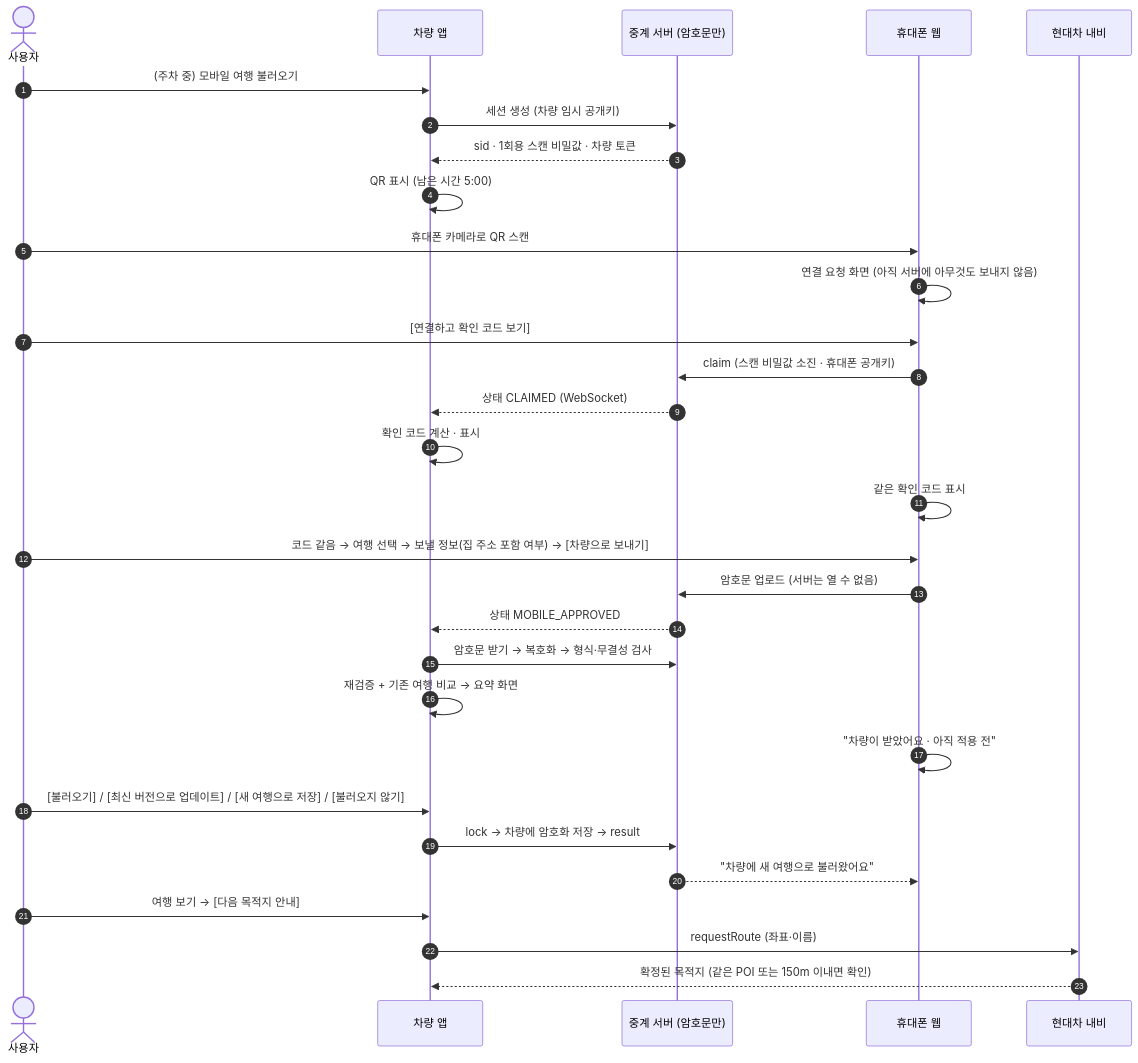
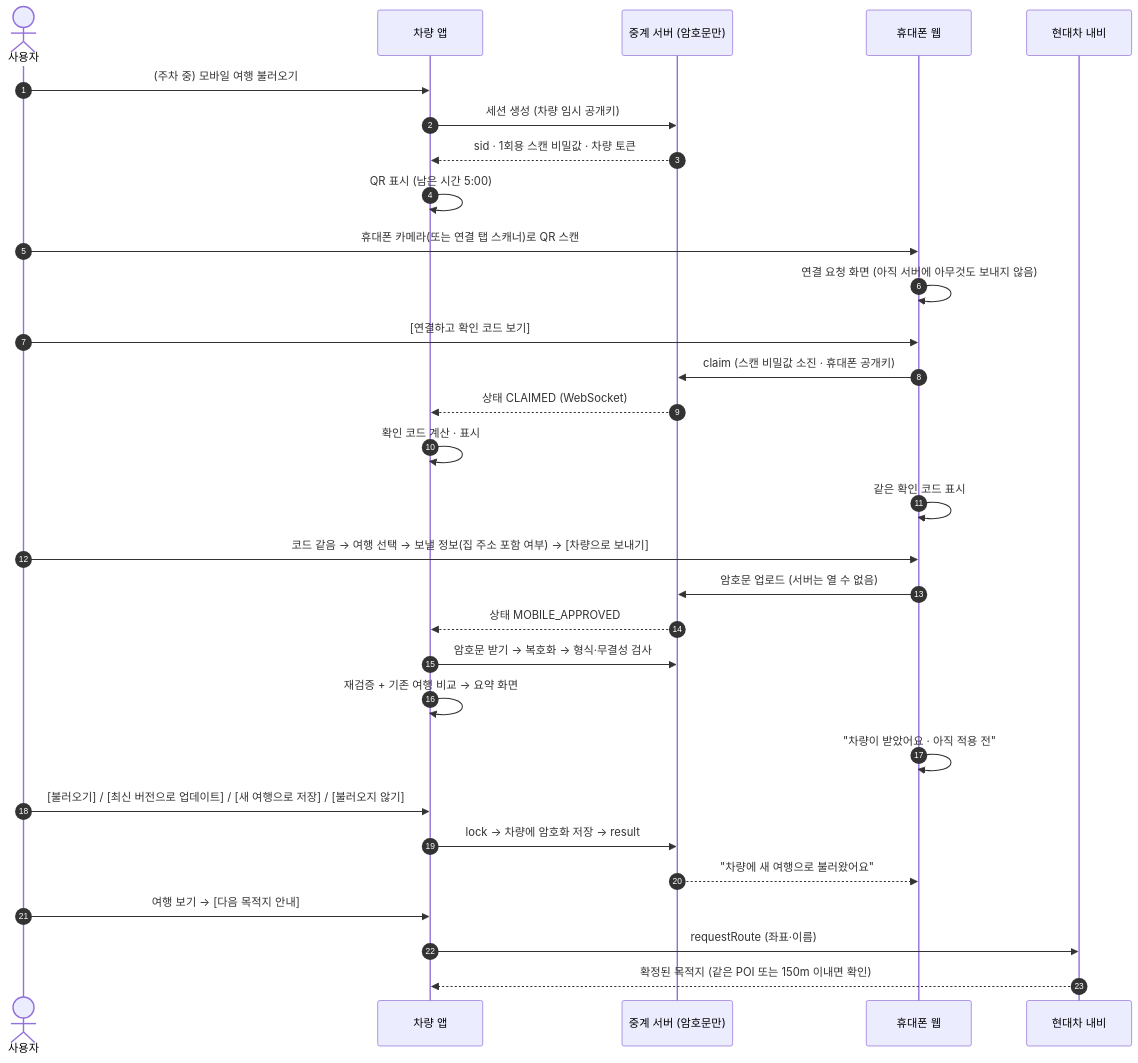
One commit to emsedukr-lab/hyundai-contest changed the diagram in docs/01_사용자_흐름.md. Above: the diagram before and after it, drawn with Mermaid. The commit also changed other lines of this file and 22 other files, not shown here.

````diff
--- a/docs/01_사용자_흐름.md
+++ b/docs/01_사용자_흐름.md
@@ -7,33 +30,33 @@
 ```mermaid
 sequenceDiagram
     autonumber
     actor U as 사용자
     participant C as 차량 앱
     participant R as 중계 서버 (암호문만)
     participant P as 휴대폰 웹
     participant N as 현대차 내비
 
     U->>C: (주차 중) 모바일 여행 불러오기
     C->>R: 세션 생성 (차량 임시 공개키)
     R-->>C: sid · 1회용 스캔 비밀값 · 차량 토큰
     C->>C: QR 표시 (남은 시간 5:00)
-    U->>P: 휴대폰 카메라로 QR 스캔
+    U->>P: 휴대폰 카메라(또는 연결 탭 스캐너)로 QR 스캔
     P->>P: 연결 요청 화면 (아직 서버에 아무것도 보내지 않음)
     U->>P: [연결하고 확인 코드 보기]
     P->>R: claim (스캔 비밀값 소진 · 휴대폰 공개키)
     R-->>C: 상태 CLAIMED (WebSocket)
     C->>C: 확인 코드 계산 · 표시
     P->>P: 같은 확인 코드 표시
     U->>P: 코드 같음 → 여행 선택 → 보낼 정보(집 주소 포함 여부) → [차량으로 보내기]
     P->>R: 암호문 업로드 (서버는 열 수 없음)
     R-->>C: 상태 MOBILE_APPROVED
     C->>R: 암호문 받기 → 복호화 → 형식·무결성 검사
     C->>C: 재검증 + 기존 여행 비교 → 요약 화면
     P->>P: "차량이 받았어요 · 아직 적용 전"
     U->>C: [불러오기] / [최신 버전으로 업데이트] / [새 여행으로 저장] / [불러오지 않기]
     C->>R: lock → 차량에 암호화 저장 → result
     R-->>P: "차량에 새 여행으로 불러왔어요"
     U->>C: 여행 보기 → [다음 목적지 안내]
     C->>N: requestRoute (좌표·이름)
     N-->>C: 확정된 목적지 (같은 POI 또는 150m 이내면 확인)
 ```
````
